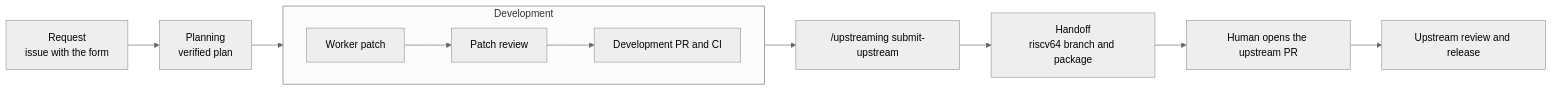
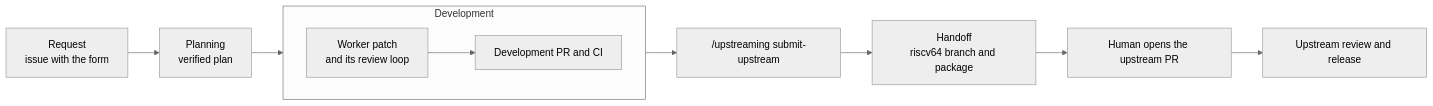
Before and after one commit to riseproject-dev/porting-agent: the diagram in docs/pipeline/index.md, drawn with Mermaid (neutral theme). The commit also changed other lines of this file and 109 other files, not shown here.

````diff
--- a/docs/pipeline/index.md
+++ b/docs/pipeline/index.md
@@ -14,13 +14,13 @@
 ```mermaid
 flowchart LR
   request["Request<br/>issue with the form"] --> planning["Planning<br/>verified plan"]
   planning --> worker
   subgraph development["Development"]
     direction LR
-    worker["Worker patch"] --> review["Patch review"] --> ci["Development PR and CI"]
+    worker["Worker patch<br/>and its review loop"] --> ci["Development PR and CI"]
   end
   ci --> submit["/upstreaming submit-upstream"]
   submit --> handoff["Handoff<br/>riscv64 branch and package"]
   handoff --> pr["Human opens the upstream PR"]
   pr --> upstream["Upstream review and release"]
 ```
````
